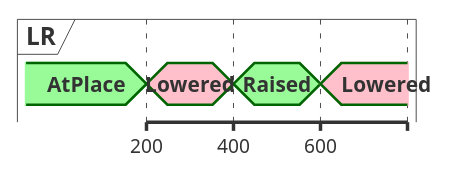
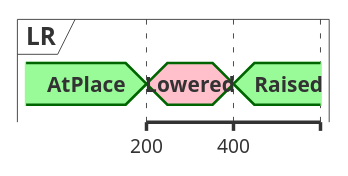
One commit to studykit/studykit-marketplace changed diagram 12 of 13 in plugins/plantuml/skills/timing-diagram/SKILL.md. Above: the diagram before and after it, drawn with PlantUML. The commit also changed other lines of this file and 9 other files, not shown here.

First line of the commit message:
refactor: trim PlantUML skill SKILL.md files and extract advanced references

````diff
--- a/plugins/plantuml/skills/timing-diagram/SKILL.md
+++ b/plugins/plantuml/skills/timing-diagram/SKILL.md
@@ -632,16 +266,12 @@
 ```plantuml
 @startuml
 concise "LR" as LR
-
 LR is AtPlace #palegreen
 
 @200
 LR is Lowered #pink
 
 @400
 LR is Raised #palegreen
-
-@600
-LR is Lowered #pink
 @enduml
 ```
````
